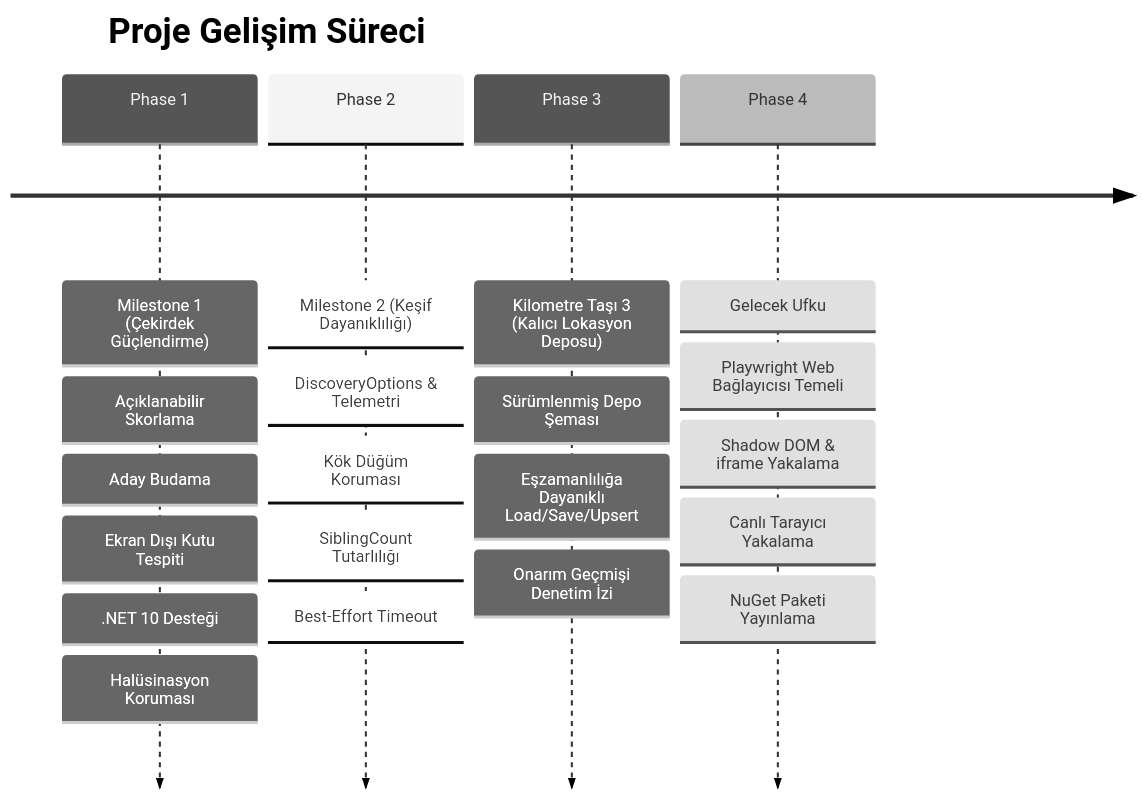
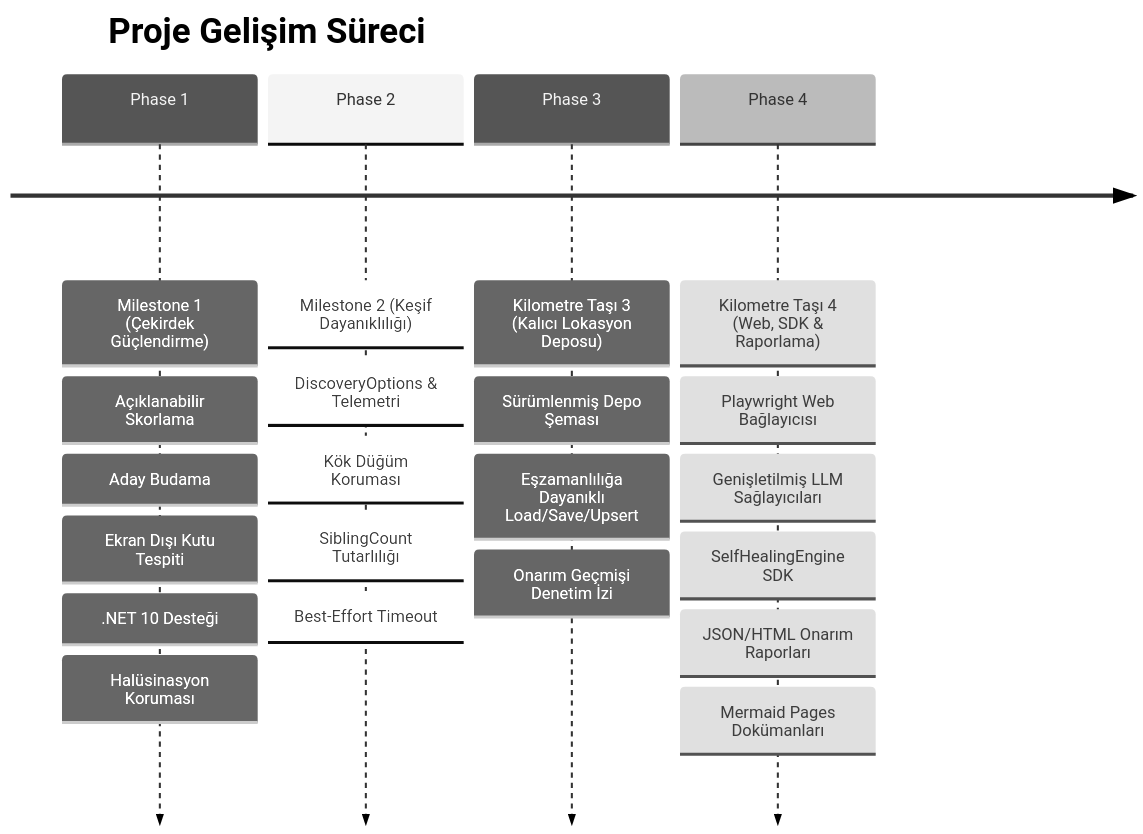
One commit to mustafasercansak/automation-sandbox changed the fourth of 6 diagrams in PROJECT_SHOWCASE.md. Above: the diagram before and after it, drawn with Mermaid (neutral theme). The commit also changed other lines of this file and 1 other file, not shown here.

````diff
--- a/PROJECT_SHOWCASE.md
+++ b/PROJECT_SHOWCASE.md
@@ -223,8 +225,8 @@
 ```mermaid
 timeline
     title Proje Gelişim Süreci
     Phase 1 : Milestone 1 (Çekirdek Güçlendirme) : Açıklanabilir Skorlama : Aday Budama : Ekran Dışı Kutu Tespiti : .NET 10 Desteği : Halüsinasyon Koruması
     Phase 2 : Milestone 2 (Keşif Dayanıklılığı) : DiscoveryOptions & Telemetri : Kök Düğüm Koruması : SiblingCount Tutarlılığı : Best-Effort Timeout
     Phase 3 : Kilometre Taşı 3 (Kalıcı Lokasyon Deposu) : Sürümlenmiş Depo Şeması : Eşzamanlılığa Dayanıklı Load/Save/Upsert : Onarım Geçmişi Denetim İzi
-    Phase 4 : Gelecek Ufku : Playwright Web Bağlayıcısı Temeli : Shadow DOM & iframe Yakalama : Canlı Tarayıcı Yakalama : NuGet Paketi Yayınlama
+    Phase 4 : Kilometre Taşı 4 (Web, SDK & Raporlama) : Playwright Web Bağlayıcısı : Genişletilmiş LLM Sağlayıcıları : SelfHealingEngine SDK : JSON/HTML Onarım Raporları : Mermaid Pages Dokümanları
 ```
````
